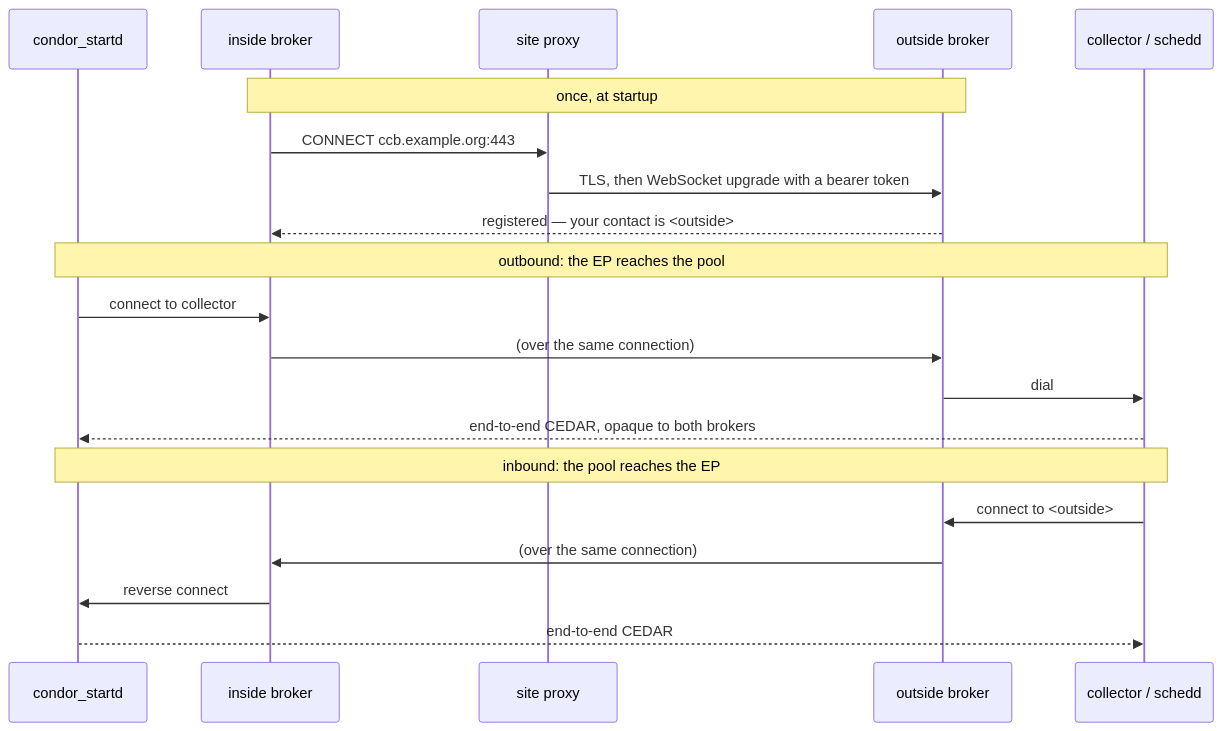
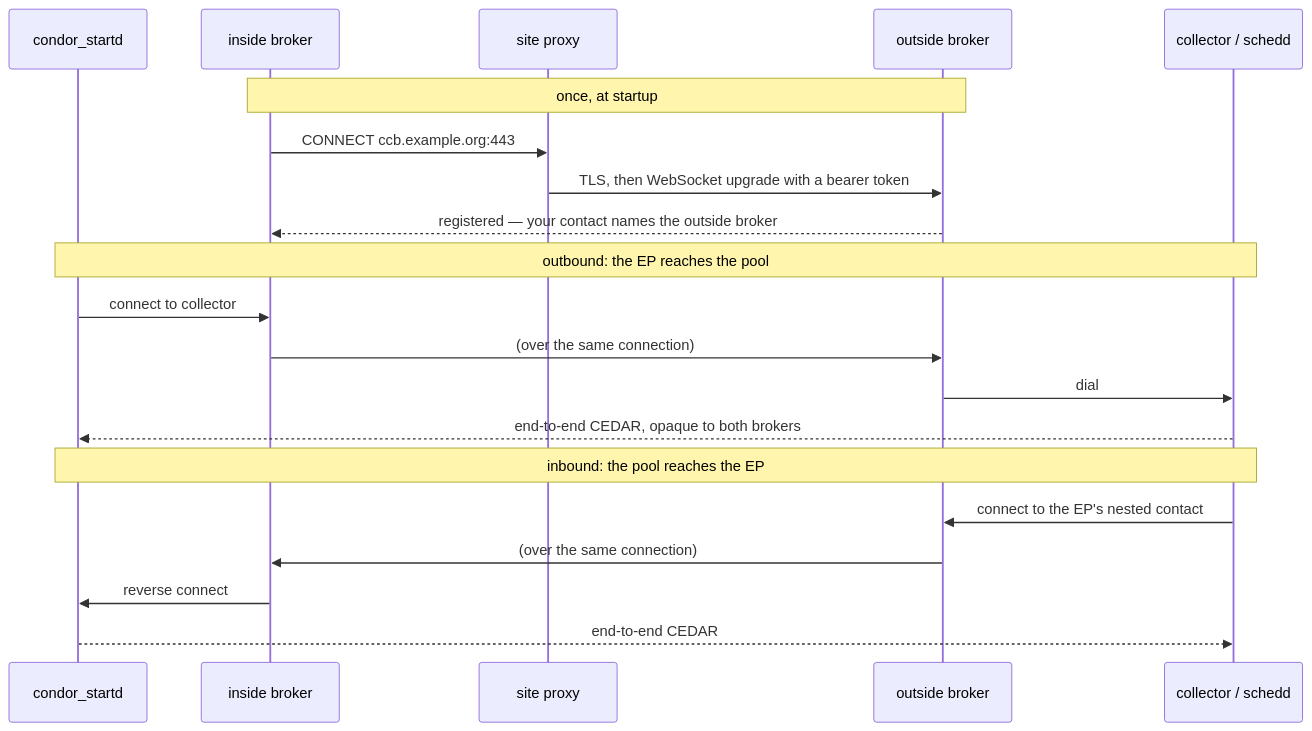
One commit to bbockelm/golang-ccb changed the second of 3 diagrams in docs/ADMIN_TUNNELING.md. Above: the diagram before and after it, drawn with Mermaid. The commit also changed other lines of this file and 26 other files, not shown here.

````diff
--- a/docs/ADMIN_TUNNELING.md
+++ b/docs/ADMIN_TUNNELING.md
@@ -68,25 +68,25 @@
 ```mermaid
 sequenceDiagram
     participant EP as condor_startd
     participant IN as inside broker
     participant PX as site proxy
     participant OUT as outside broker
     participant POOL as collector / schedd
 
     Note over IN,OUT: once, at startup
     IN->>PX: CONNECT ccb.example.org:443
     PX->>OUT: TLS, then WebSocket upgrade with a bearer token
-    OUT-->>IN: registered — your contact is <outside>#42
+    OUT-->>IN: registered — your contact names the outside broker
 
     Note over EP,POOL: outbound: the EP reaches the pool
     EP->>IN: connect to collector
     IN->>OUT: (over the same connection)
     OUT->>POOL: dial
     POOL-->>EP: end-to-end CEDAR, opaque to both brokers
 
     Note over POOL,EP: inbound: the pool reaches the EP
-    POOL->>OUT: connect to <outside>#42#17
+    POOL->>OUT: connect to the EP's nested contact
     OUT->>IN: (over the same connection)
     IN->>EP: reverse connect
     EP-->>POOL: end-to-end CEDAR
 ```
````
